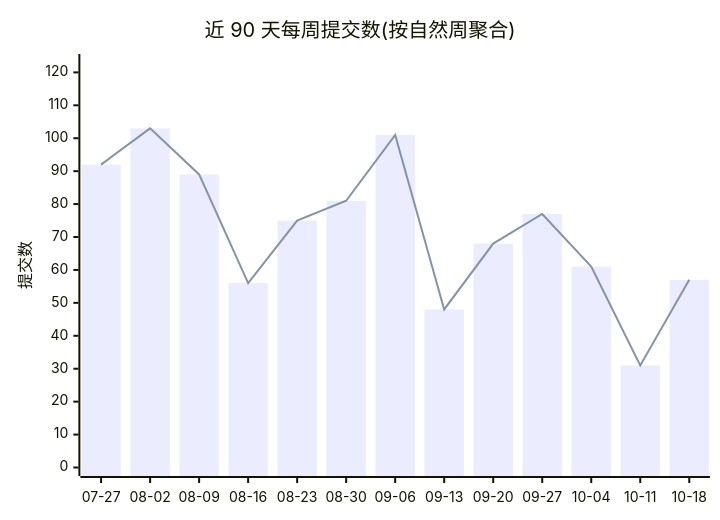
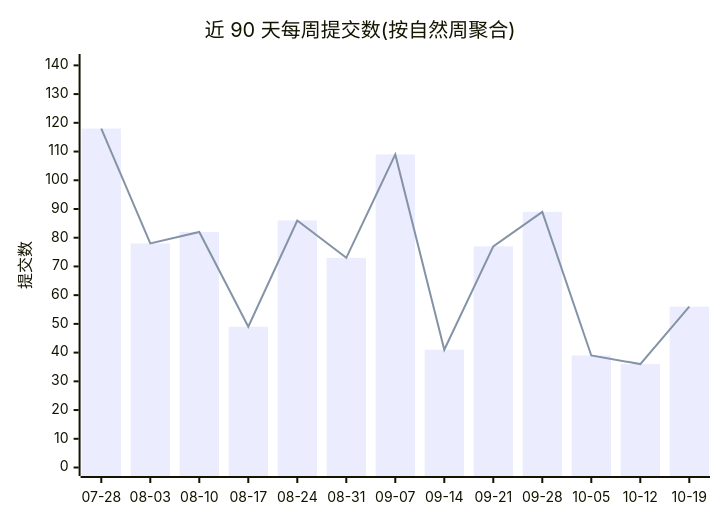
The first of 2 diagrams in profile/README.md (Conflux-Union/.github), drawn with Mermaid before and after one commit. The commit also changed other lines of this file and 1 other file, not shown here.

````diff
--- a/profile/README.md
+++ b/profile/README.md
@@ -44,8 +44,8 @@
 ```mermaid
 xychart-beta
     title "近 90 天每周提交数(按自然周聚合)"
-    x-axis ["07-27", "08-02", "08-09", "08-16", "08-23", "08-30", "09-06", "09-13", "09-20", "09-27", "10-04", "10-11", "10-18"]
-    y-axis "提交数" 0 --> 123
-    bar [92, 103, 89, 56, 75, 81, 101, 48, 68, 77, 61, 31, 57]
-    line [92, 103, 89, 56, 75, 81, 101, 48, 68, 77, 61, 31, 57]
+    x-axis ["07-28", "08-03", "08-10", "08-17", "08-24", "08-31", "09-07", "09-14", "09-21", "09-28", "10-05", "10-12", "10-19"]
+    y-axis "提交数" 0 --> 141
+    bar [118, 78, 82, 49, 86, 73, 109, 41, 77, 89, 39, 36, 56]
+    line [118, 78, 82, 49, 86, 73, 109, 41, 77, 89, 39, 36, 56]
 ```
````
